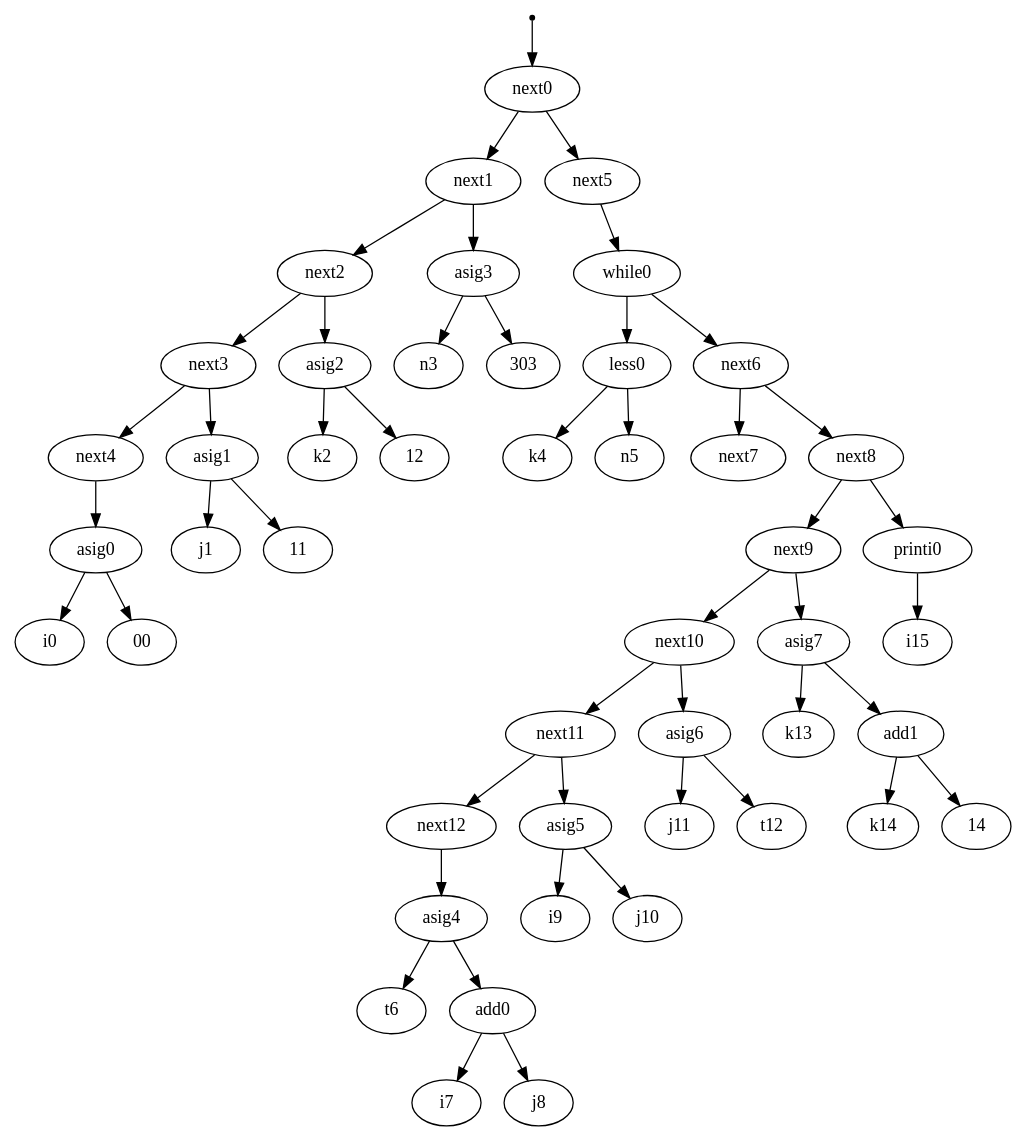
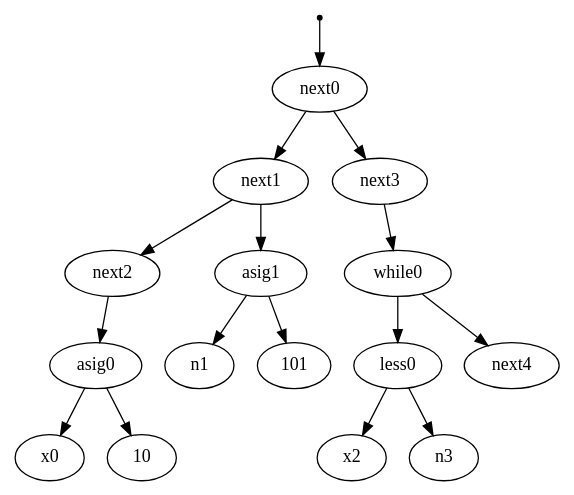
Before and after one commit to NicoFraschetti/compiladores2019: the diagram in dot_output.dot, drawn with Graphviz. The commit also changed 7 other files, not shown here.

```diff
--- a/dot_output.dot
+++ b/dot_output.dot
@@ -1,50 +1,18 @@
 digraph{
 inic[shape=point];
 inic->next0
 next0->next1
 next1->next2
-next2->next3
-next3->next4
-next4->asig0
-asig0->i0
-asig0->00
-next3->asig1
-asig1->j1
-asig1->11
-next2->asig2
-asig2->k2
-asig2->12
-next1->asig3
-asig3->n3
-asig3->303
-next0->next5
-next5->while0
+next2->asig0
+asig0->x0
+asig0->10
+next1->asig1
+asig1->n1
+asig1->101
+next0->next3
+next3->while0
 while0->less0
-less0->k4
-less0->n5
-while0->next6
-next6->next7
-next6->next8
-next8->next9
-next9->next10
-next10->next11
-next11->next12
-next12->asig4
-asig4->t6
-asig4->add0
-add0->i7
-add0->j8
-next11->asig5
-asig5->i9
-asig5->j10
-next10->asig6
-asig6->j11
-asig6->t12
-next9->asig7
-asig7->k13
-asig7->add1
-add1->k14
-add1->14
-next8->printi0
-printi0->i15
+less0->x2
+less0->n3
+while0->next4
 }
```
